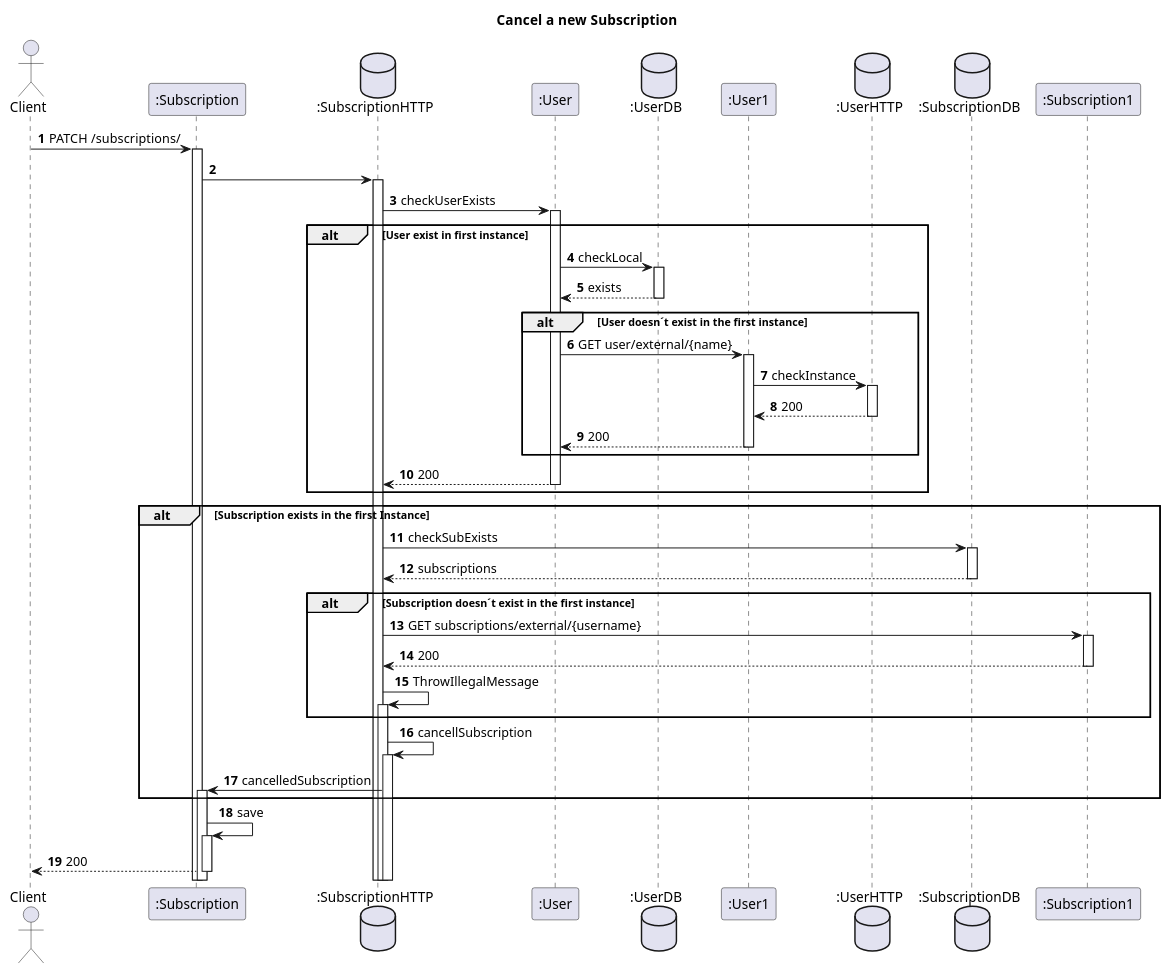
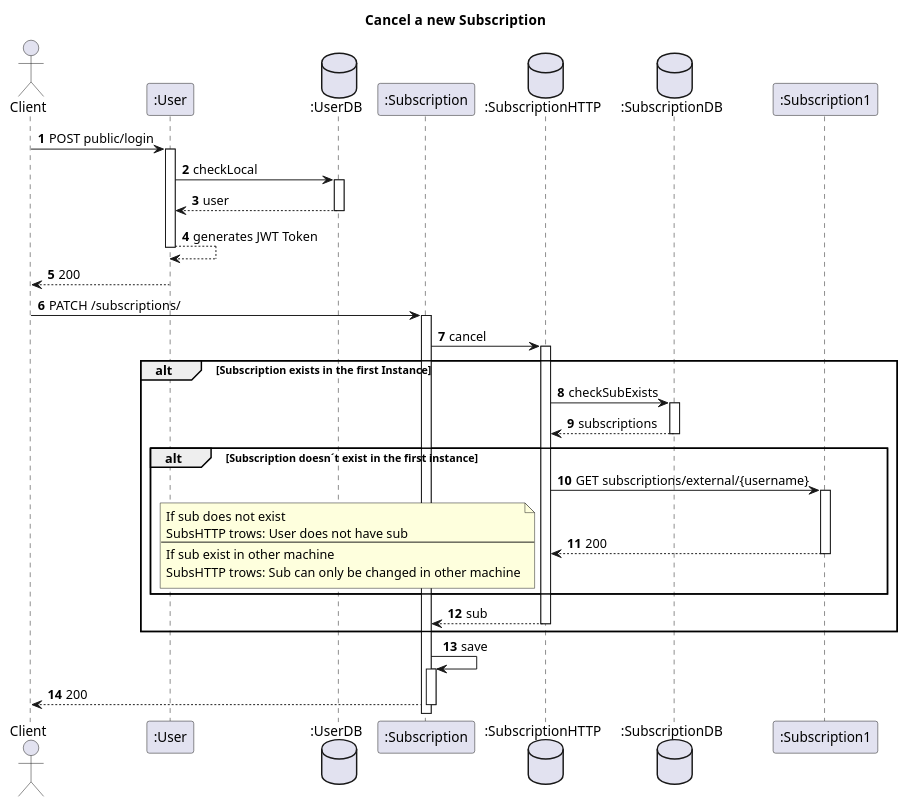
One commit to IsepMartimOliveira/SIDIS changed the diagram in docs_sidis/Subs/Vista Logica/N3/CancelSub.puml. Above: the diagram before and after it, drawn with PlantUML. The commit also changed 52 other files, not shown here.

```diff
--- a/docs_sidis/Subs/Vista Logica/N3/CancelSub.puml
+++ b/docs_sidis/Subs/Vista Logica/N3/CancelSub.puml
@@ -1,52 +1,43 @@
 @startuml
 'https://plantuml.com/sequence-diagram
 autoactivate on
 autonumber
 title  Cancel  a new Subscription
 
 autonumber
 
 actor "Client" as Ac
+participant ":User" as User
+database ":UserDB" as Udb
 participant ":Subscription" as Auth
 database ":SubscriptionHTTP" as SHTTP
-participant ":User" as User
-database ":UserDB" as UDB
-participant ":User1" as User1
-database ":UserHTTP" as UHTTP
 database ":SubscriptionDB" as SDB
 participant ":Subscription1" as Serv
 
-
+Ac->User: POST public/login
+User->Udb:checkLocal
+Udb-->User:user
+User-->User:generates JWT Token
+User-->Ac:200
 Ac->Auth: PATCH /subscriptions/
-Auth->SHTTP:
-SHTTP->User:checkUserExists
-alt User exist in first instance
-User->UDB:checkLocal
-UDB-->User:exists
-alt User doesn´t exist in the first instance
-User->User1:GET user/external/{name}
-User1->UHTTP:checkInstance
-UHTTP-->User1:200
-User1-->User:200
-end
-User-->SHTTP:200
-
-end
-
+Auth->SHTTP: cancel
 alt Subscription exists in the first Instance
 SHTTP->SDB:checkSubExists
 SDB-->SHTTP:subscriptions
 alt Subscription doesn´t exist in the first instance
 SHTTP->Serv:GET subscriptions/external/{username}
 Serv-->SHTTP:200
-SHTTP->SHTTP:ThrowIllegalMessage
+note left
+If sub does not exist
+SubsHTTP trows: User does not have sub
+--
+If sub exist in other machine
+SubsHTTP trows: Sub can only be changed in other machine
+end note
 end
-SHTTP->SHTTP:cancellSubscription
-SHTTP->Auth:cancelledSubscription
+SHTTP-->Auth:sub
 
 end
-
-
 Auth->Auth:save
 Auth-->Ac:200
 @enduml
```
